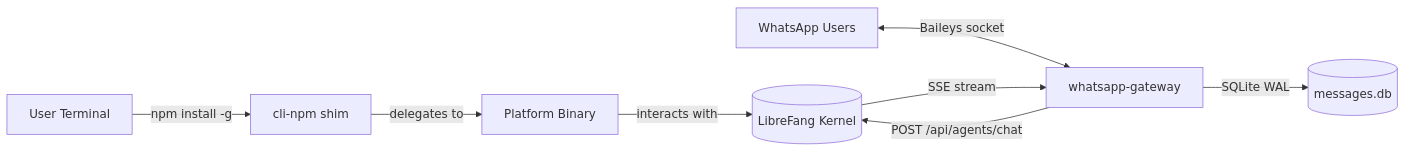
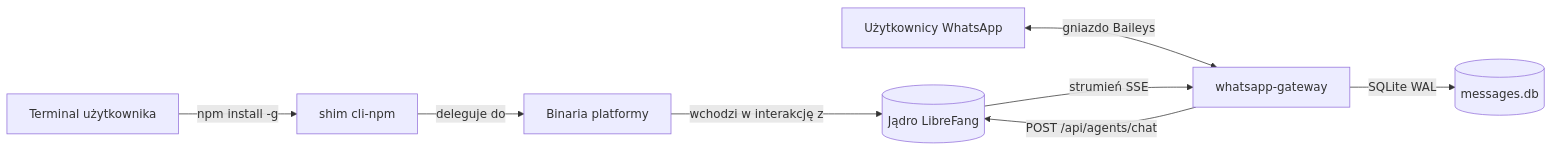
Before and after one commit to leszek3737/librefang-WIki: the diagram in packages.md, drawn with Mermaid. The commit also changed other lines of this file and 104 other files, not shown here.

````diff
--- a/packages.md
+++ b/packages.md
@@ -18,11 +18,11 @@
 ```mermaid
 flowchart LR
-    User1[User Terminal] -->|npm install -g| CLI[cli-npm shim]
-    CLI -->|delegates to| NativeBin[Platform Binary]
-    NativeBin -->|interacts with| Kernel[(LibreFang Kernel)]
+    User1[Terminal użytkownika] -->|npm install -g| CLI[shim cli-npm]
+    CLI -->|deleguje do| NativeBin[Binaria platformy]
+    NativeBin -->|wchodzi w interakcję z| Kernel[(Jądro LibreFang)]
 
-    Phone[WhatsApp Users] <-->|Baileys socket| GW[whatsapp-gateway]
+    Phone[Użytkownicy WhatsApp] <-->|gniazdo Baileys| GW[whatsapp-gateway]
     GW -->|POST /api/agents/chat| Kernel
-    Kernel -->|SSE stream| GW
+    Kernel -->|strumień SSE| GW
     GW -->|SQLite WAL| DB[(messages.db)]
 ```
````
